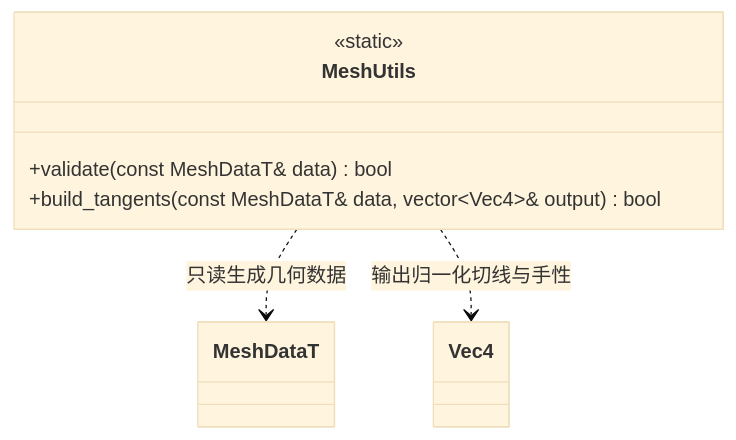
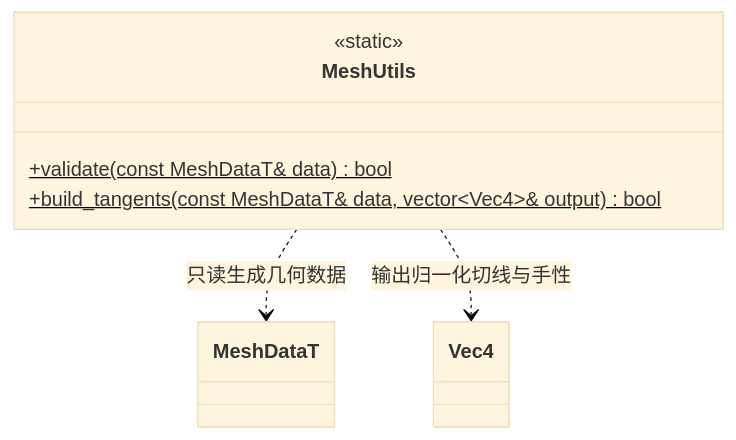
One commit to lcals/Engine changed the diagram in docs/runtime/class-diagrams/mesh-utils.md. Above: the diagram before and after it, drawn with Mermaid (base theme). The commit also changed 222 other files, not shown here.

Commit message:
Consolidate editor asset imports and align architecture documentation

````diff
--- a/docs/runtime/class-diagrams/mesh-utils.md
+++ b/docs/runtime/class-diagrams/mesh-utils.md
@@ -5,12 +5,12 @@
 ```mermaid
 classDiagram
     class MeshUtils {
         <<static>>
-        +validate(const MeshDataT& data) bool
-        +build_tangents(const MeshDataT& data, vector~Vec4~& output) bool
+        +validate(const MeshDataT& data) bool$
+        +build_tangents(const MeshDataT& data, vector~Vec4~& output) bool$
     }
     class MeshDataT
     class Vec4
     MeshUtils ..> MeshDataT : 只读生成几何数据
     MeshUtils ..> Vec4 : 输出归一化切线与手性
 ```
````
